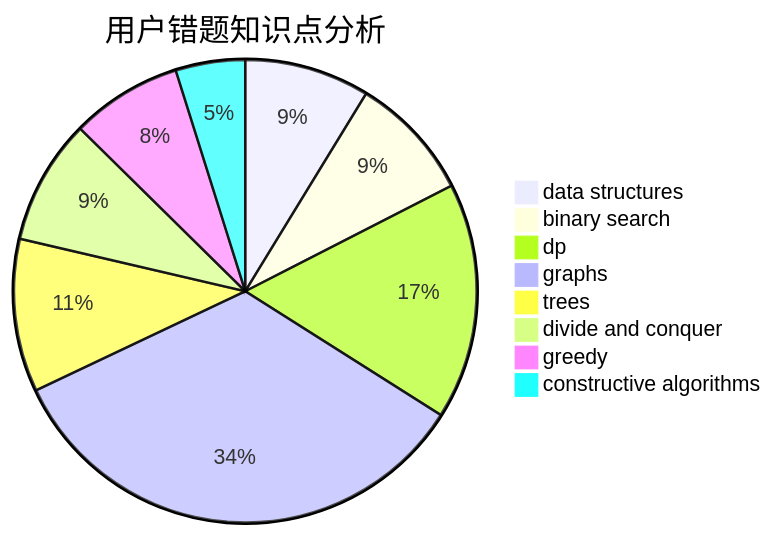
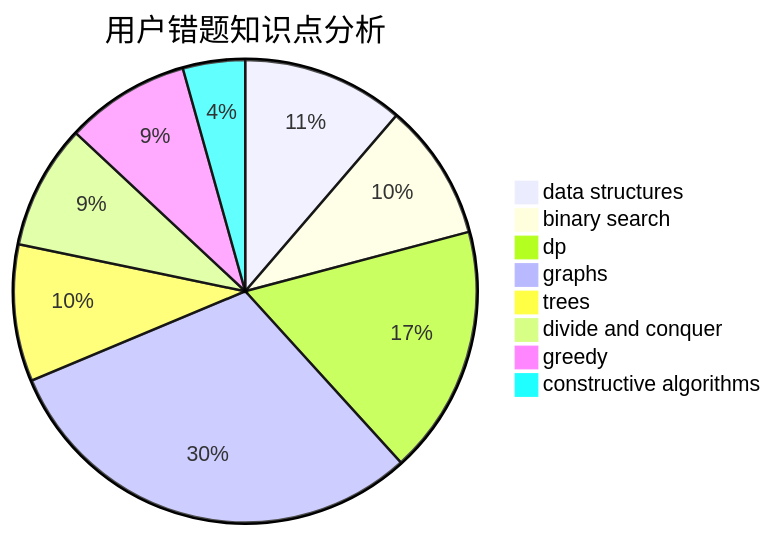
The third of 3 diagrams in docs/user/u746.md (sherpahu/cfrs.github.io), drawn with Mermaid before and after one commit. The commit also changed other lines of this file and 2770 other files, not shown here.

````diff
--- a/docs/user/u746.md
+++ b/docs/user/u746.md
@@ -36,11 +36,11 @@
 ```mermaid
 pie title 用户错题知识点分析
-    "data structures" :  9
-    "binary search" :  9
-    "dp" :  17
+    "data structures" :  13
+    "binary search" :  11
+    "dp" :  20
     "graphs" :  35
     "trees" :  11
-    "divide and conquer" :  9
-    "greedy" :  8
+    "divide and conquer" :  10
+    "greedy" :  10
     "constructive algorithms" :  5
 ```
````
